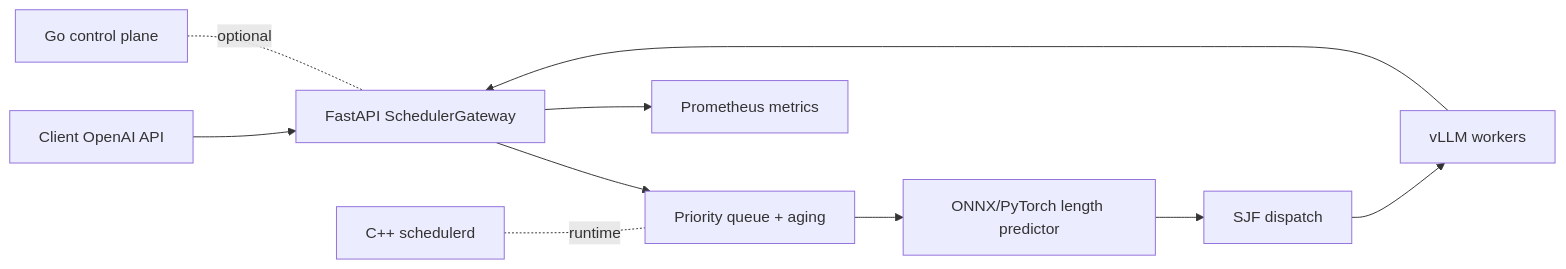
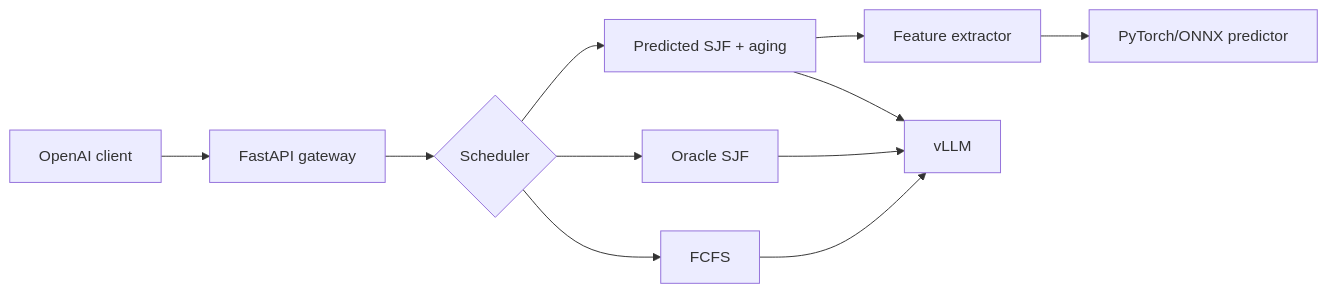
The first of 3 diagrams in README.md (ArchanaChetan07/AI-Infrastructure-Platform-for-Distributed-Model-Serving), drawn with Mermaid before and after one commit. The commit also changed other lines of this file, not shown here.

Commit message:
docs: FAANG-ready professional README with diagrams and verified metrics

````diff
--- a/README.md
+++ b/README.md
@@ -32,12 +28,13 @@
 ```mermaid
 flowchart LR
-    C[Client OpenAI API] --> GW[FastAPI SchedulerGateway]
-    GW --> PQ[Priority queue + aging]
-    PQ --> PRED[ONNX/PyTorch length predictor]
-    PRED --> SJF[SJF dispatch]
-    SJF --> VLLM[vLLM workers]
-    VLLM --> GW
-    GW --> MET[Prometheus metrics]
-    CPP[C++ schedulerd] -. runtime .- PQ
-    GO[Go control plane] -. optional .- GW
+  C[OpenAI client] --> GW[FastAPI gateway]
+  GW --> SCH{Scheduler}
+  SCH --> FCFS[FCFS]
+  SCH --> OSJF[Oracle SJF]
+  SCH --> PSJF[Predicted SJF + aging]
+  PSJF --> FE[Feature extractor]
+  FE --> ML[PyTorch/ONNX predictor]
+  FCFS --> V[vLLM]
+  OSJF --> V
+  PSJF --> V
 ```
````
